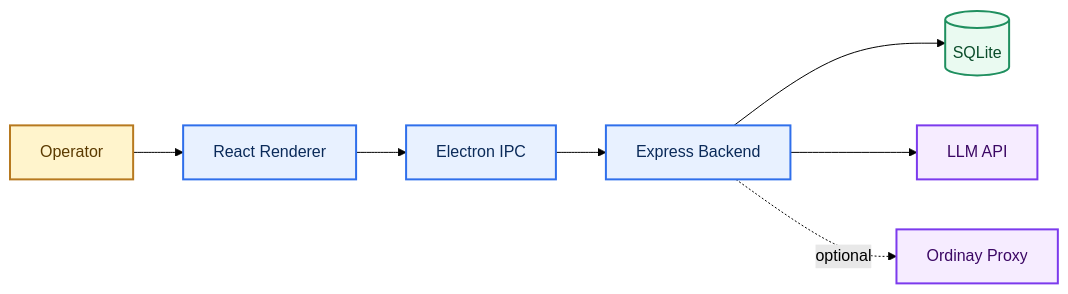
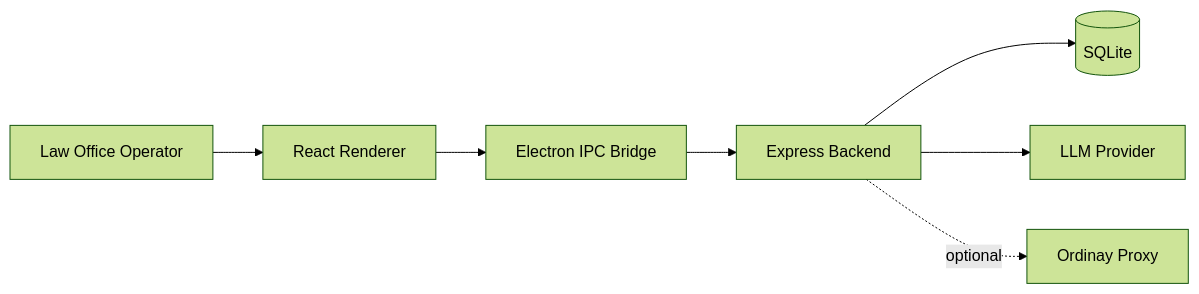
Before and after one commit to mootezaloui/ordinay-legacy: the diagram in README.md, drawn with Mermaid (forest theme). The commit also changed other lines of this file and 3 other files, not shown here.

````diff
--- a/README.md
+++ b/README.md
@@ -22,19 +23,9 @@
 ```mermaid
 flowchart LR
-    User["Operator"] --> UI["React Renderer"]
-    UI --> IPC["Electron IPC"]
+    User["Law Office Operator"] --> UI["React Renderer"]
+    UI --> IPC["Electron IPC Bridge"]
     IPC --> API["Express Backend"]
     API --> DB[("SQLite")]
-    API --> LLM["LLM API"]
+    API --> LLM["LLM Provider"]
     API -. optional .-> Proxy["Ordinay Proxy"]
-
-    classDef actor fill:#FFF4CC,stroke:#B7791F,color:#5B3A00,stroke-width:2px;
-    classDef app fill:#E8F1FF,stroke:#2F6FEB,color:#0A2A59,stroke-width:2px;
-    classDef data fill:#EAFAF1,stroke:#1F8F5F,color:#0A4C2A,stroke-width:2px;
-    classDef ext fill:#F6ECFF,stroke:#7C3AED,color:#3B0764,stroke-width:2px;
-
-    class User actor;
-    class UI,IPC,API app;
-    class DB data;
-    class LLM,Proxy ext;
 ```
````
